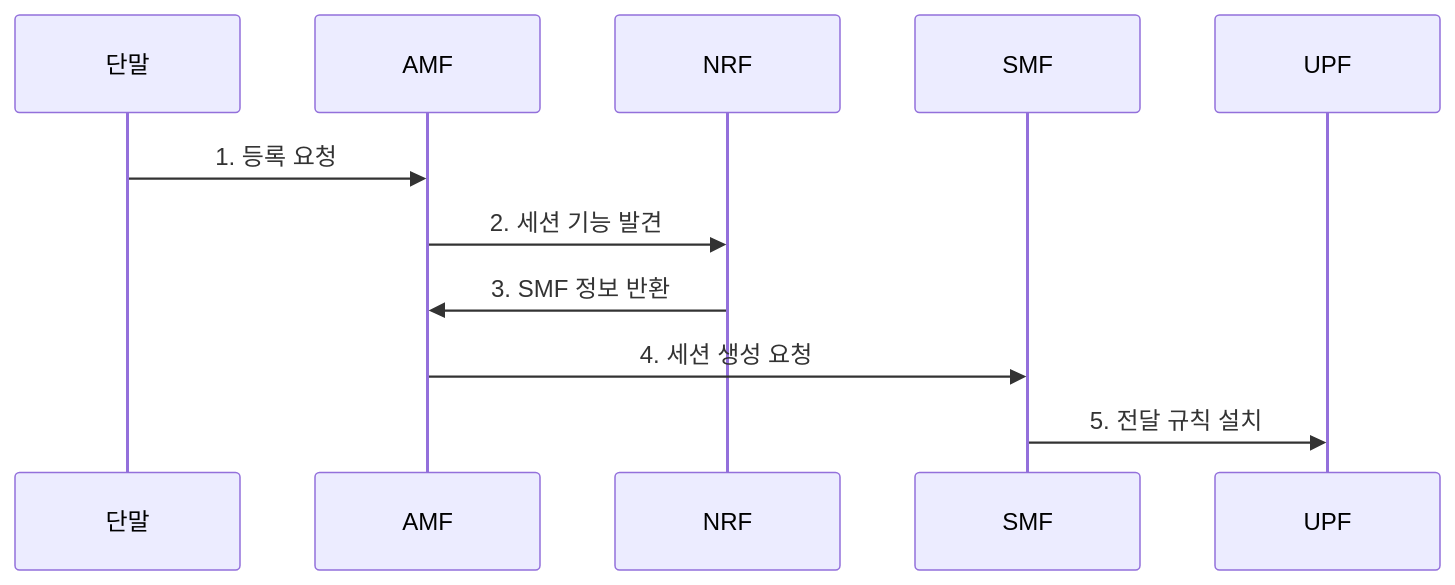
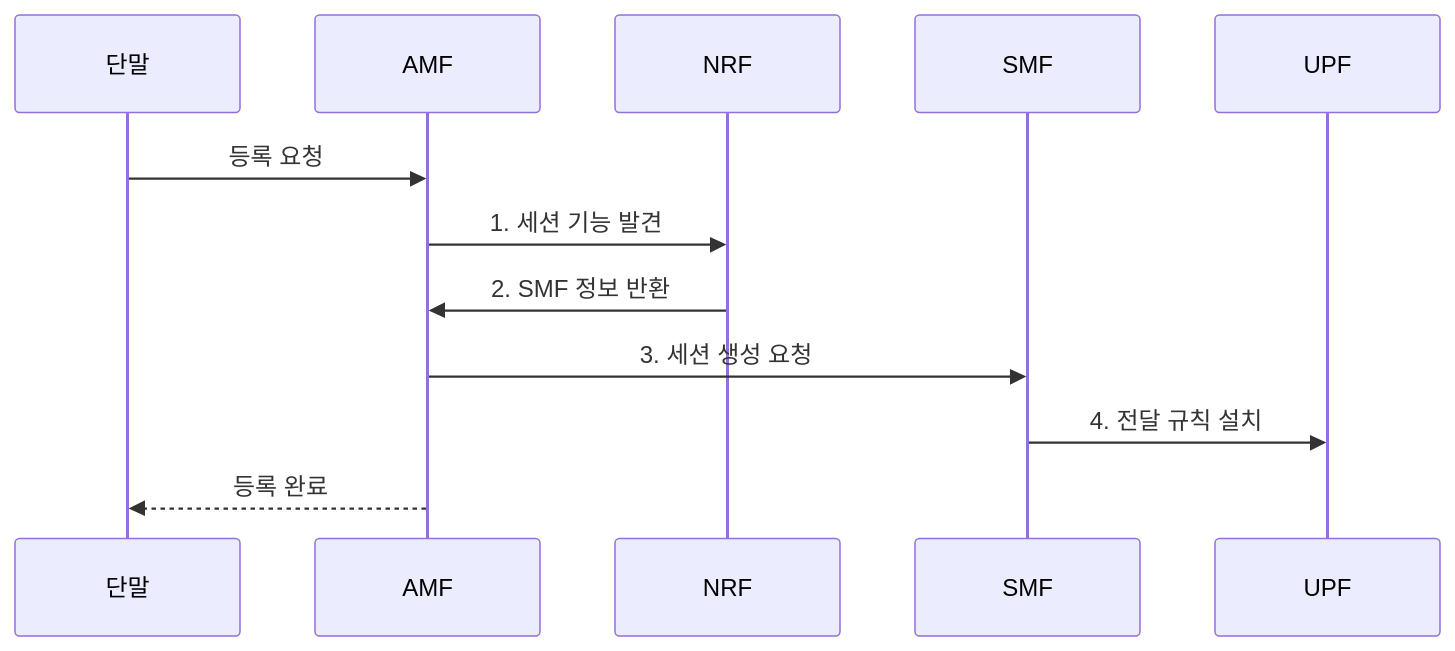
Before and after one commit to agnusdei1207/knowledge-base: the second of 2 diagrams in src/content/docs/notes/04-network/038_5g_core_sba.md, drawn with Mermaid. The commit also changed other lines of this file and 20 other files, not shown here.

````diff
--- a/src/content/docs/notes/04-network/038_5g_core_sba.md
+++ b/src/content/docs/notes/04-network/038_5g_core_sba.md
@@ -78,13 +74,14 @@
 ```mermaid
 sequenceDiagram
     participant 단말
     participant AMF
     participant NRF
     participant SMF
     participant UPF
-    단말->>AMF: 1. 등록 요청
-    AMF->>NRF: 2. 세션 기능 발견
-    NRF->>AMF: 3. SMF 정보 반환
-    AMF->>SMF: 4. 세션 생성 요청
-    SMF->>UPF: 5. 전달 규칙 설치
+    단말->>AMF: 등록 요청
+    AMF->>NRF: 1. 세션 기능 발견
+    NRF->>AMF: 2. SMF 정보 반환
+    AMF->>SMF: 3. 세션 생성 요청
+    SMF->>UPF: 4. 전달 규칙 설치
+    AMF-->>단말: 등록 완료
 ```
````
